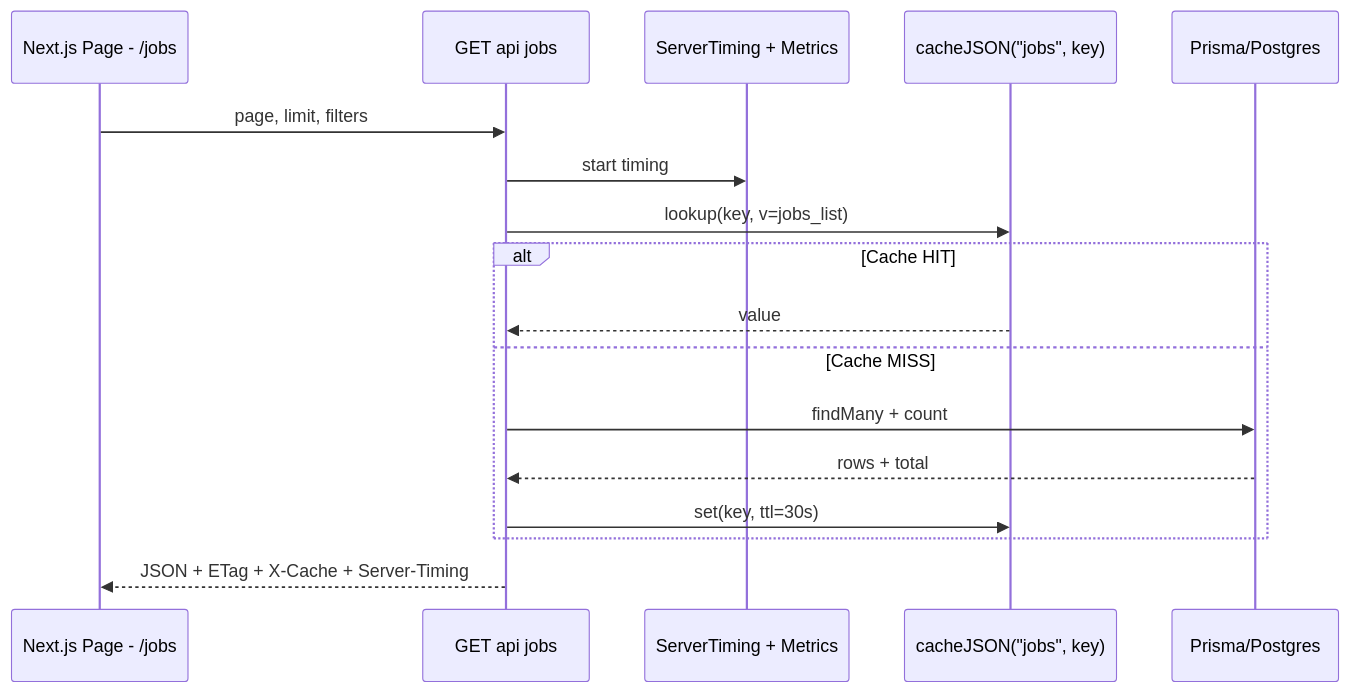
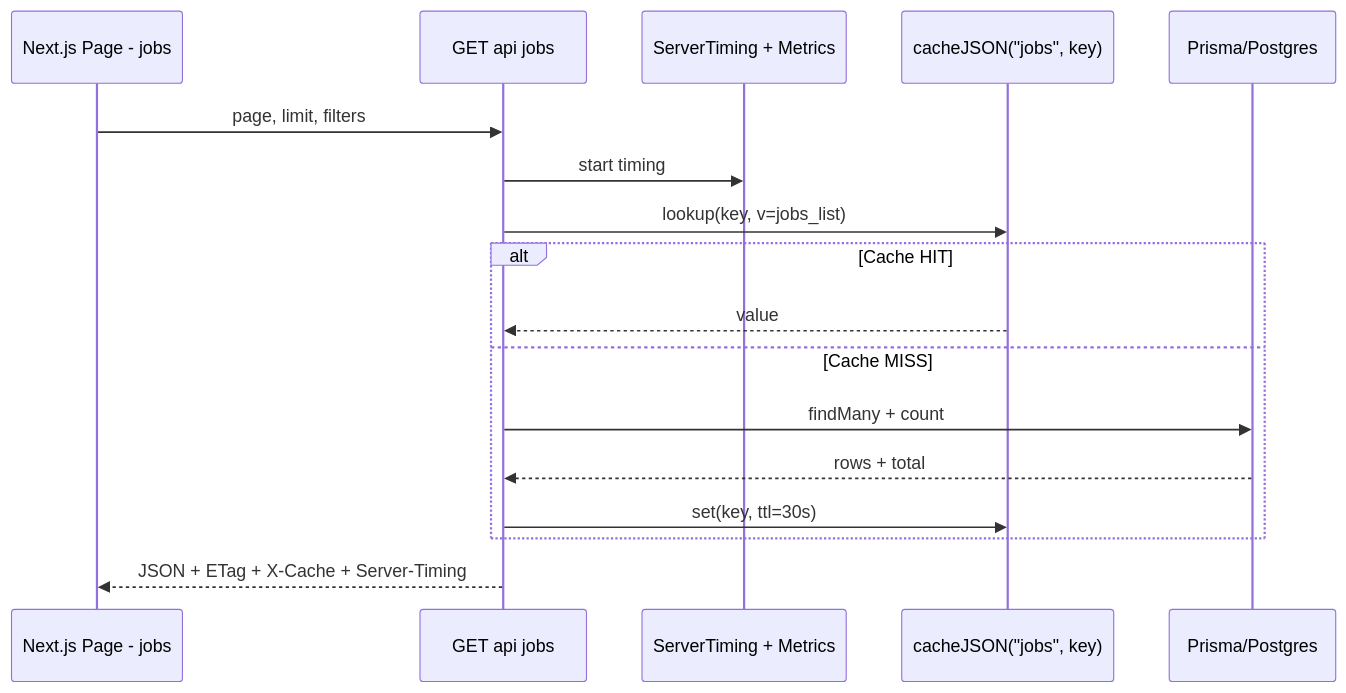
The third of 10 diagrams in docs/DIAGRAMS.md (VoTeXG/freelancer_and_job_hunting_website), drawn with Mermaid before and after one commit. The commit also changed other lines of this file, not shown here.

Commit message:
Fix remaining Mermaid syntax issues in DIAGRAMS.md

````diff
--- a/docs/DIAGRAMS.md
+++ b/docs/DIAGRAMS.md
@@ -65,20 +65,20 @@
 ```mermaid
 sequenceDiagram
-  participant FE as Next.js Page - /jobs
+  participant FE as Next.js Page - jobs
   participant API as GET api jobs
   participant MET as ServerTiming + Metrics
   participant CACHE as cacheJSON("jobs", key)
   participant DB as Prisma/Postgres
 
   FE->>API: page, limit, filters
   API->>MET: start timing
   API->>CACHE: lookup(key, v=jobs_list)
   alt Cache HIT
     CACHE-->>API: value
   else Cache MISS
     API->>DB: findMany + count
     DB-->>API: rows + total
     API->>CACHE: set(key, ttl=30s)
   end
   API-->>FE: JSON + ETag + X-Cache + Server-Timing
 ```
````
